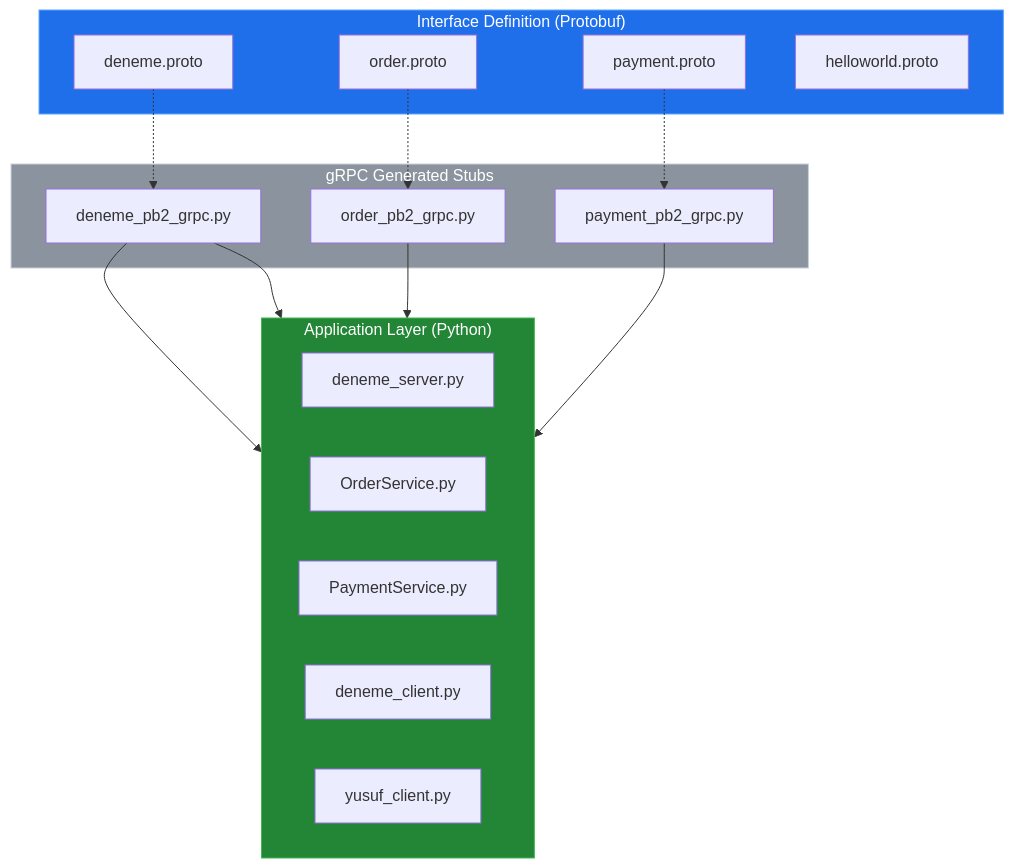
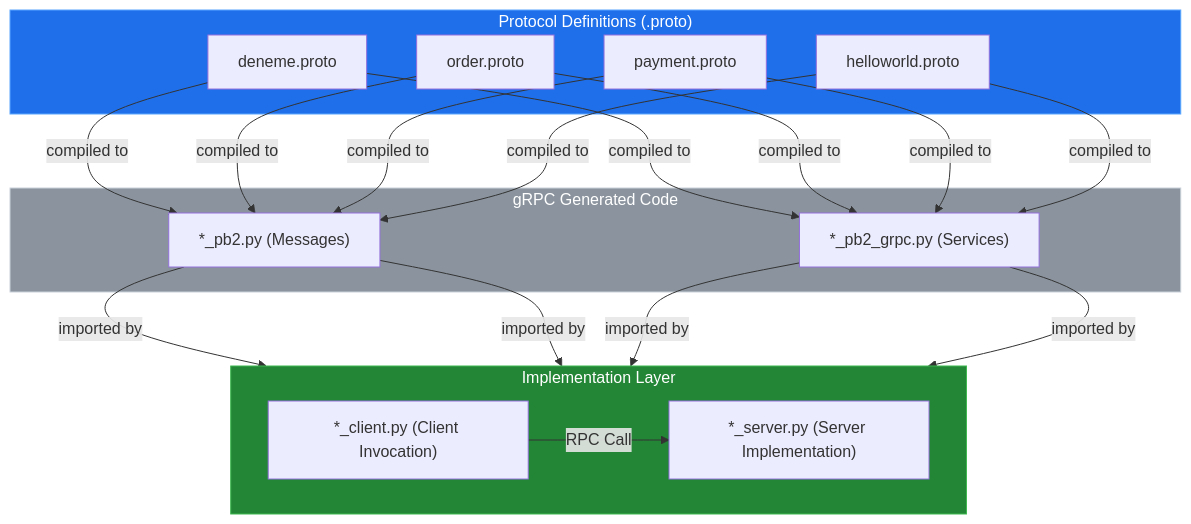
Before and after one commit to YusuffBulbul/GRPC_calisma: the first of 2 diagrams in README_ARCH.md, drawn with Mermaid. The commit also changed other lines of this file, not shown here.

Commit message:
docs: update system blueprint (2026-09-07)

````diff
--- a/README_ARCH.md
+++ b/README_ARCH.md
@@ -22,37 +20,29 @@
 ```mermaid
 flowchart TD
-    subgraph Protobuf_Layer["Interface Definition (Protobuf)"]
+    subgraph PROTOS["Protocol Definitions (.proto)"]
         P1["deneme.proto"]
         P2["order.proto"]
         P3["payment.proto"]
         P4["helloworld.proto"]
     end
 
-    subgraph Generated_Code["gRPC Generated Stubs"]
-        G1["deneme_pb2_grpc.py"]
-        G2["order_pb2_grpc.py"]
-        G3["payment_pb2_grpc.py"]
+    subgraph GENERATED["gRPC Generated Code"]
+        G1["*_pb2.py (Messages)"]
+        G2["*_pb2_grpc.py (Services)"]
     end
 
-    subgraph Service_Logic["Application Layer (Python)"]
+    subgraph LOGIC["Implementation Layer"]
         direction LR
-        S1["deneme_server.py"]
-        S2["OrderService.py"]
-        S3["PaymentService.py"]
-        C1["deneme_client.py"]
-        C2["yusuf_client.py"]
+        S1["*_server.py (Server Implementation)"]
+        C1["*_client.py (Client Invocation)"]
     end
 
-    P1 -.-> G1
-    P2 -.-> G2
-    P3 -.-> G3
-    G1 --> S1
-    G1 --> C1
-    G2 --> S2
-    G3 --> S3
+    P1 & P2 & P3 & P4 -->|"compiled to"| G1 & G2
+    G1 & G2 -->|"imported by"| S1 & C1
+    C1 -->|"RPC Call"| S1
 
-    style Protobuf_Layer fill:#1f6feb,stroke:#58a6ff,color:#fff
-    style Service_Logic fill:#238636,stroke:#3fb950,color:#fff
-    style Generated_Code fill:#8b949e,stroke:#c9d1d9,color:#fff
+    style PROTOS fill:#1f6feb,stroke:#58a6ff,color:#fff
+    style GENERATED fill:#8b949e,stroke:#c9d1d9,color:#fff
+    style LOGIC fill:#238636,stroke:#3fb950,color:#fff
 
 ```
````
